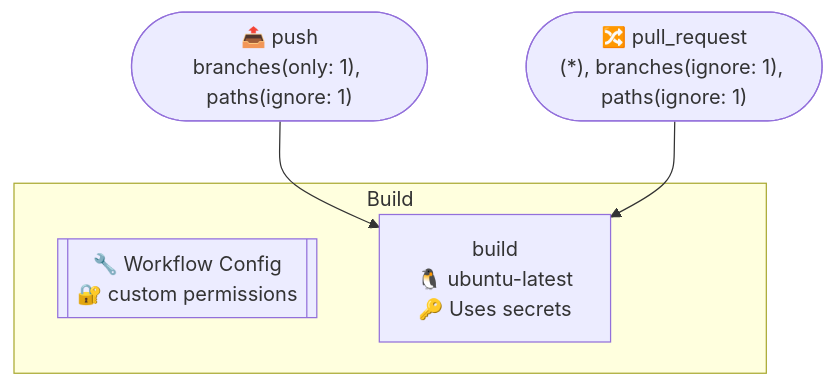
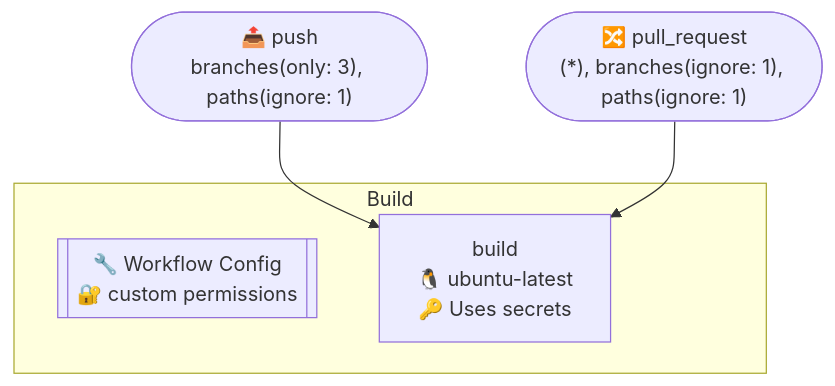
Before and after one commit to http4k/http4k: the first of 2 diagrams in .github/typeflows/build-http4k/README.md, drawn with Mermaid. The commit also changed other lines of this file and 3 other files, not shown here.

````diff
--- a/.github/typeflows/build-http4k/README.md
+++ b/.github/typeflows/build-http4k/README.md
@@ -3,12 +3,12 @@
 ```mermaid
 %%{init: {"flowchart": {"curve": "basis"}}}%%
 flowchart TD
-    push(["📤 push<br/>branches(only: 1), paths(ignore: 1)"])
+    push(["📤 push<br/>branches(only: 3), paths(ignore: 1)"])
     pullrequest(["🔀 pull_request<br/>(*), branches(ignore: 1), paths(ignore: 1)"])
     subgraph buildhttp4kyml["Build"]
         buildhttp4kyml_metadata[["🔧 Workflow Config<br/>🔐 custom permissions"]]
         buildhttp4kyml_build["build<br/>🐧 ubuntu-latest<br/>🔑 Uses secrets"]
     end
     push --> buildhttp4kyml_build
     pullrequest --> buildhttp4kyml_build
 ```
````
